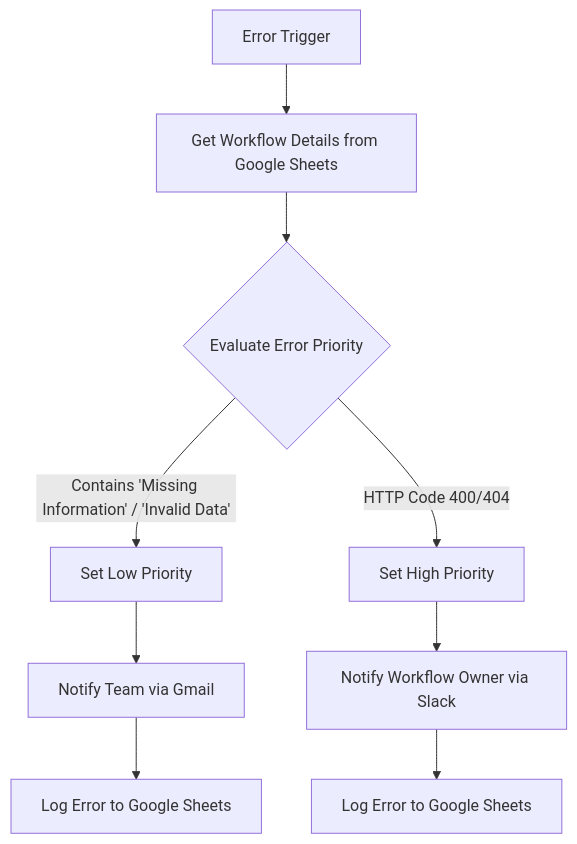
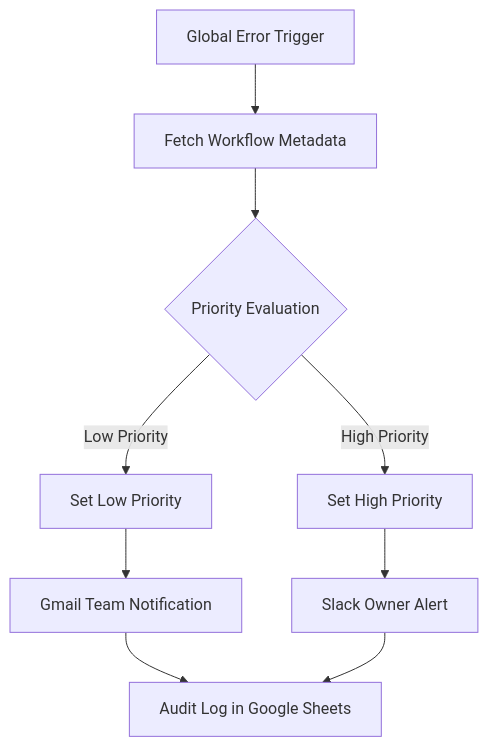
The diagram in Error Handling Workflow/README.md (Pavithra-Sadheeshkumar/N8N-Automation), drawn with Mermaid before and after one commit. The commit also changed other lines of this file, not shown here.

````diff
--- a/Error Handling Workflow/README.md
+++ b/Error Handling Workflow/README.md
@@ -27,16 +29,14 @@
 ```mermaid
+graph TD
+    A[Global Error Trigger] --> B[Fetch Workflow Metadata]
+    B --> C{Priority Evaluation}
 
-graph TD
-    A[Error Trigger] --> B[Get Workflow Details from Google Sheets]
-    B --> C{Evaluate Error Priority}
-    
-    C -- "Contains 'Missing Information' / 'Invalid Data'" --> D[Set Low Priority]
-    C -- "HTTP Code 400/404" --> E[Set High Priority]
-    
-    D --> F[Notify Team via Gmail]
-    E --> G[Notify Workflow Owner via Slack]
-    
-    F --> H[Log Error to Google Sheets]
-    G --> I[Log Error to Google Sheets]
+    C -->|Low Priority| D[Set Low Priority]
+    C -->|High Priority| E[Set High Priority]
 
+    D --> F[Gmail Team Notification]
+    E --> G[Slack Owner Alert]
+
+    F --> H[Audit Log in Google Sheets]
+    G --> H
 ```
````
